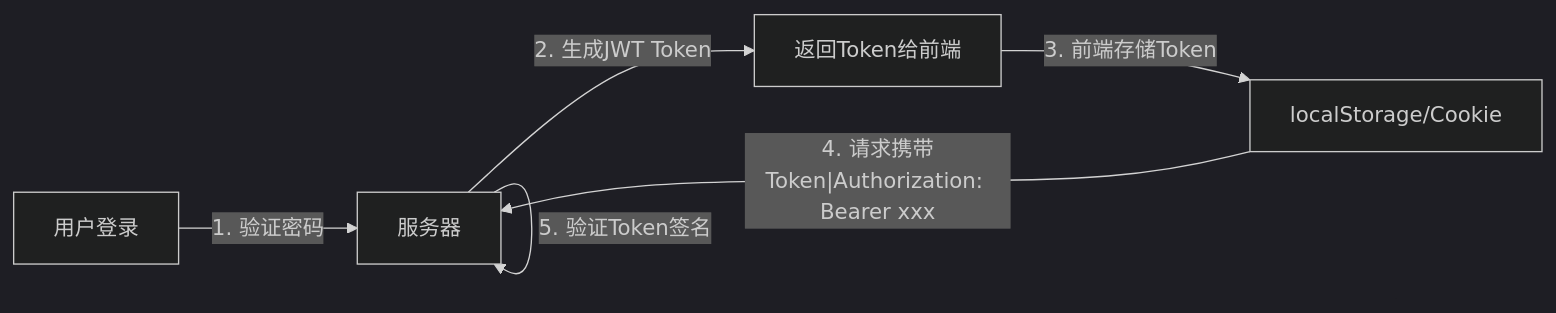
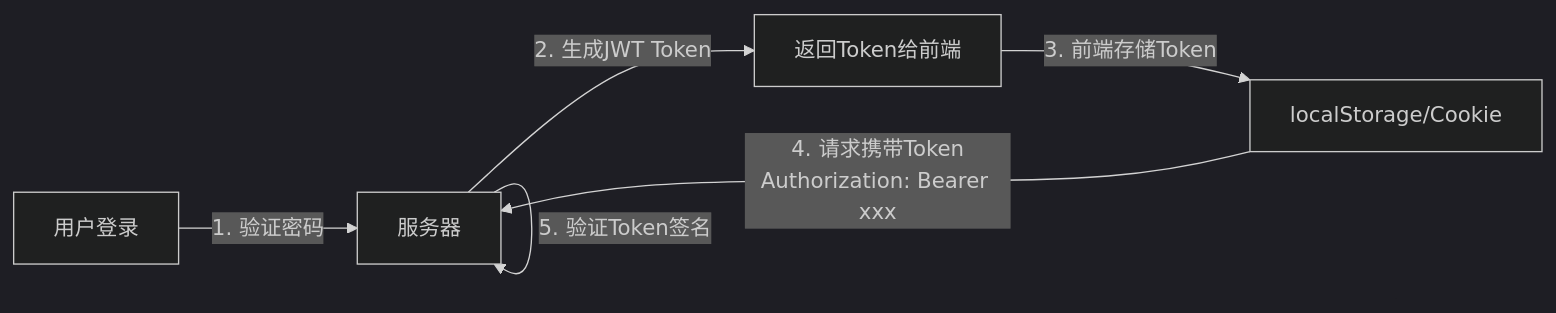
Diagram 25 of 31 in content/Js/basic/Chapter-38-web-security.md (before80/prgms), drawn with Mermaid (dark theme) before and after one commit. The commit also changed other lines of this file and 1645 other files, not shown here.

````diff
--- a/content/Js/basic/Chapter-38-web-security.md
+++ b/content/Js/basic/Chapter-38-web-security.md
@@ -2077,8 +2077,8 @@
 ```mermaid
 graph LR
     A["用户登录"] -->|"1. 验证密码"| B["服务器"]
     B -->|"2. 生成JWT Token"| C["返回Token给前端"]
     C -->|"3. 前端存储Token"| D["localStorage/Cookie"]
-    D -->|"4. 请求携带Token|Authorization: Bearer xxx"| B
+    D -->|"4. 请求携带Token<br/>Authorization: Bearer xxx"| B
     B -->|"5. 验证Token签名"| B
 ```
````
